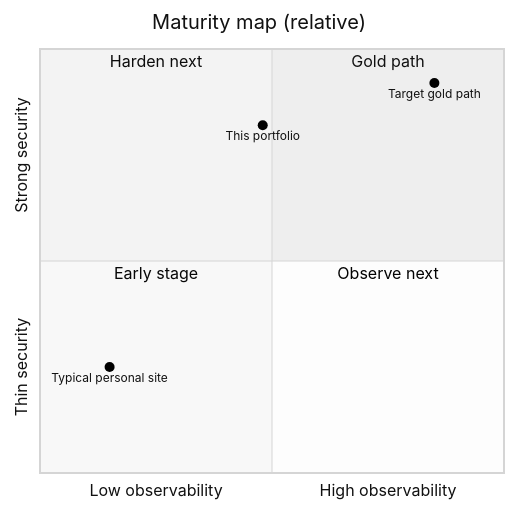
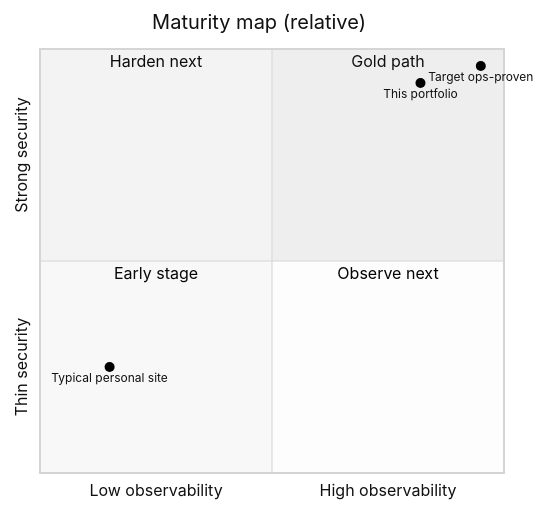
Before and after one commit to mosufyan/sufyan-portfolio: the diagram in docs/PORTFOLIO_ASSESSMENT.md, drawn with Mermaid. The commit also changed other lines of this file and 13 other files, not shown here.

First line of the commit message:
feat(ops): gold-path observability, Redis OTP/sessions, security map

````diff
--- a/docs/PORTFOLIO_ASSESSMENT.md
+++ b/docs/PORTFOLIO_ASSESSMENT.md
@@ -21,14 +23,14 @@
 ```mermaid
 %%{init: {'theme': 'neutral'}}%%
 quadrantChart
     title Maturity map (relative)
     x-axis Low observability --> High observability
     y-axis Thin security --> Strong security
     quadrant-1 Gold path
     quadrant-2 Harden next
     quadrant-3 Early stage
     quadrant-4 Observe next
-    This portfolio: [0.48, 0.82]
+    This portfolio: [0.82, 0.92]
     Typical personal site: [0.15, 0.25]
-    Target gold path: [0.85, 0.92]
+    Target ops-proven: [0.95, 0.96]
 ```
````
